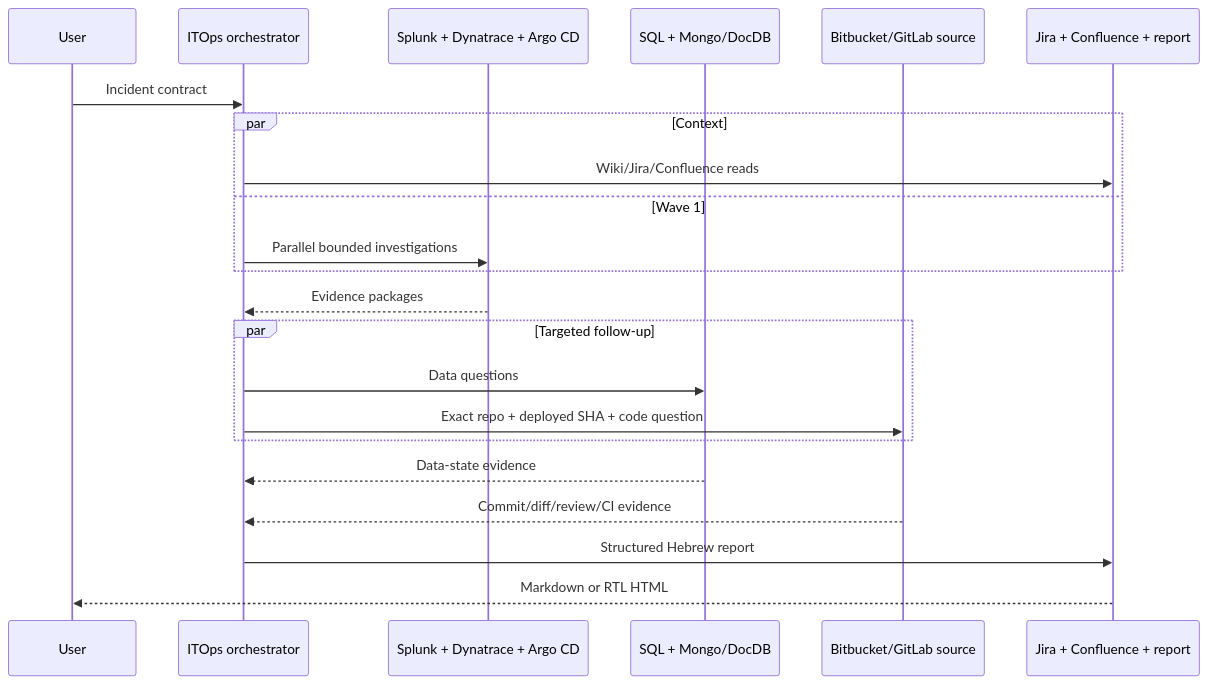
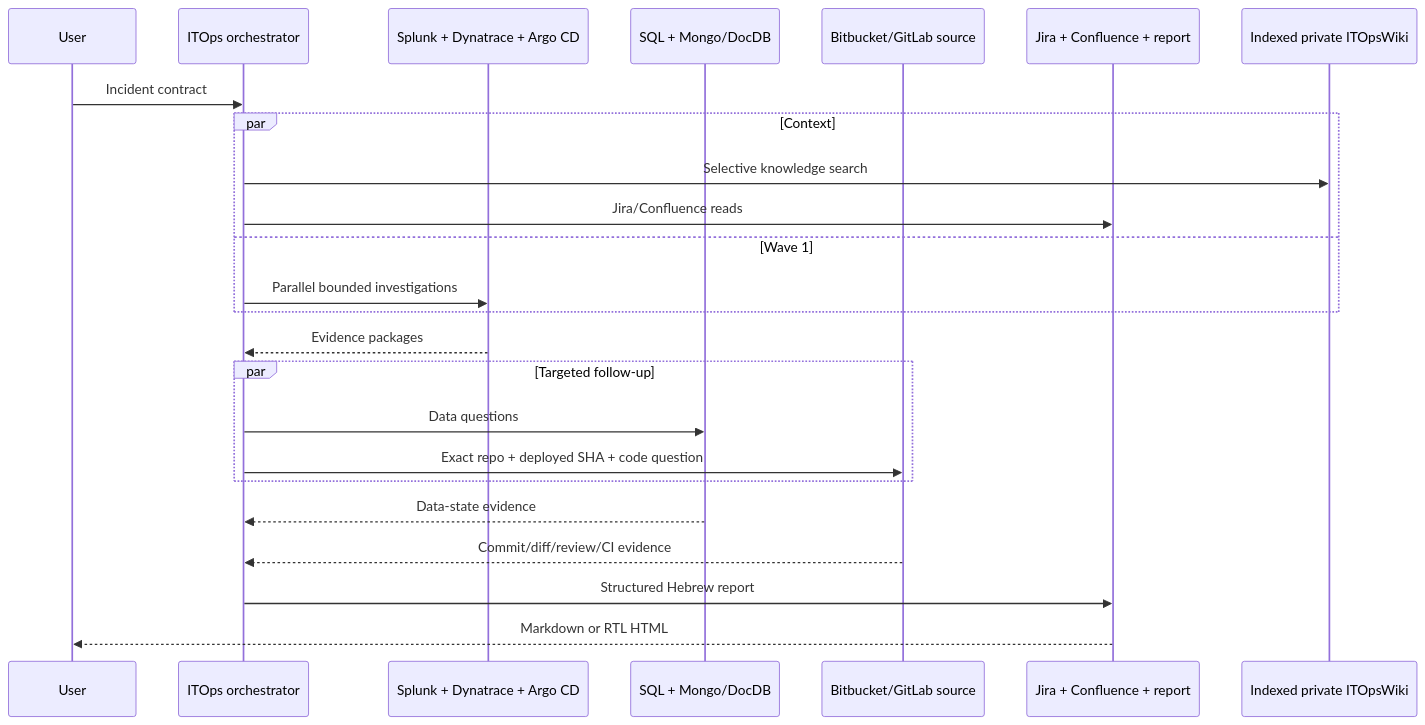
The diagram in docs/ARCHITECTURE.md (idan00189/itops-kiro-harness), drawn with Mermaid before and after one commit. The commit also changed other lines of this file and 22 other files, not shown here.

````diff
--- a/docs/ARCHITECTURE.md
+++ b/docs/ARCHITECTURE.md
@@ -9,24 +9,26 @@
 ```mermaid
 sequenceDiagram
     participant User
     participant O as ITOps orchestrator
     participant Obs as Splunk + Dynatrace + Argo CD
     participant DB as SQL + Mongo/DocDB
     participant Code as Bitbucket/GitLab source
     participant Core as Jira + Confluence + report
+    participant Wiki as Indexed private ITOpsWiki
     User->>O: Incident contract
     par Context
-        O->>Core: Wiki/Jira/Confluence reads
+        O->>Wiki: Selective knowledge search
+        O->>Core: Jira/Confluence reads
     and Wave 1
         O->>Obs: Parallel bounded investigations
     end
     Obs-->>O: Evidence packages
     par Targeted follow-up
         O->>DB: Data questions
         O->>Code: Exact repo + deployed SHA + code question
     end
     DB-->>O: Data-state evidence
     Code-->>O: Commit/diff/review/CI evidence
     O->>Core: Structured Hebrew report
     Core-->>User: Markdown or RTL HTML
 ```
````
